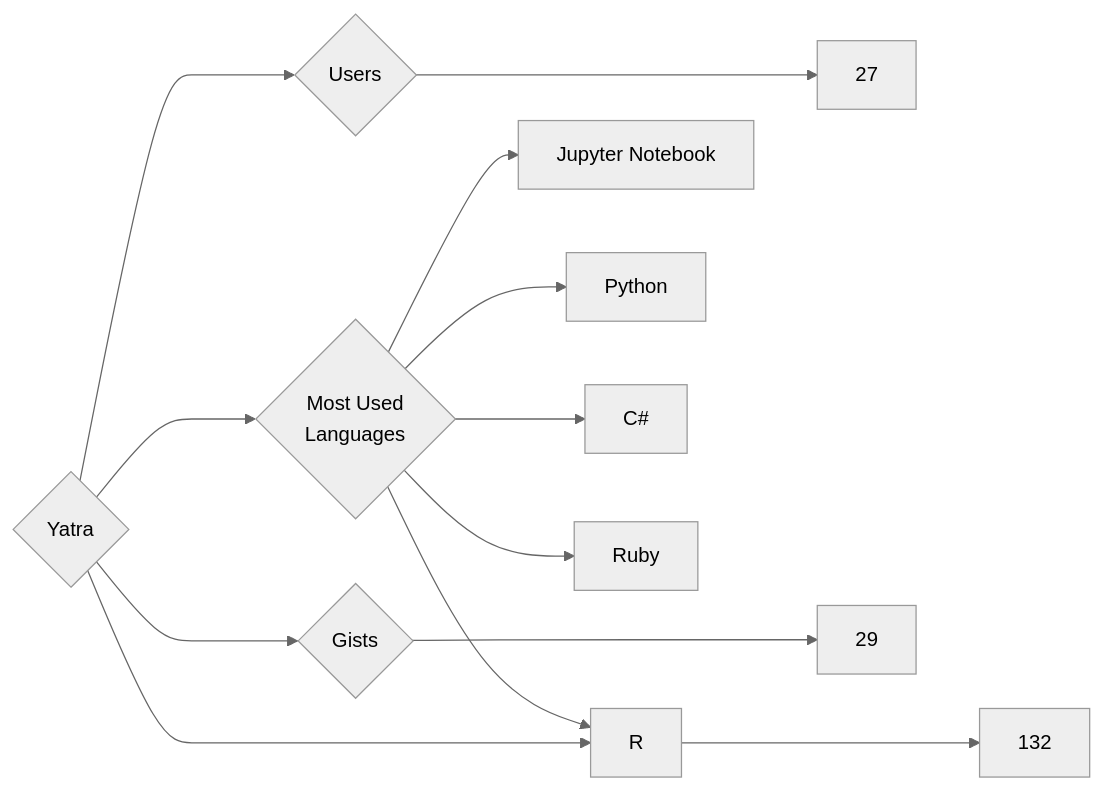
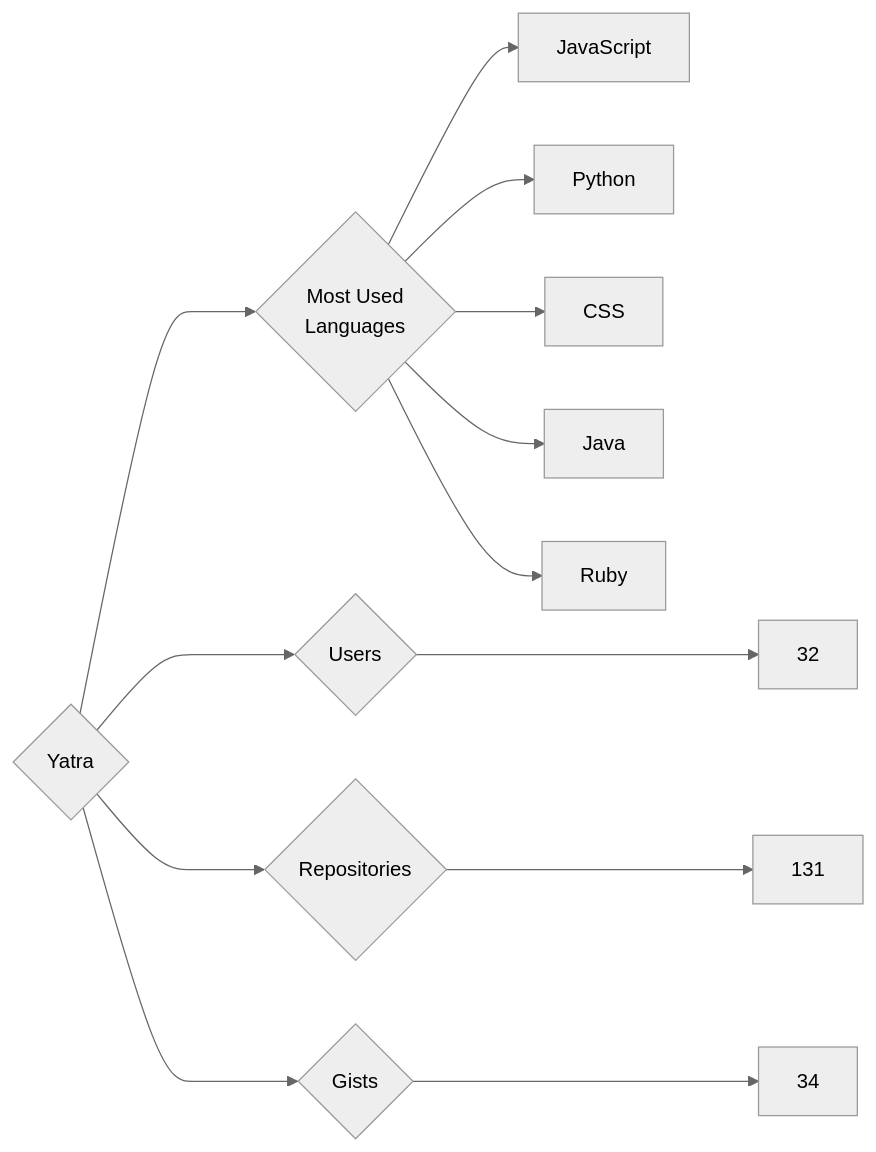
One commit to trickest/insiders changed the diagram in targets/Yatra/README.md. Above: the diagram before and after it, drawn with Mermaid (neutral theme). The commit also changed 839 other files, not shown here.

````diff
--- a/targets/Yatra/README.md
+++ b/targets/Yatra/README.md
@@ -3,13 +3,13 @@
 ```mermaid
 graph LR
 COMPANY_NAME{Yatra}
-COMPANY_NAME ---> U{Users} ---> UN[27]
-COMPANY_NAME ---> R{Repositories} ---> RN[132]
-COMPANY_NAME ---> G{Gists} ---> GN[29]
+COMPANY_NAME ---> U{Users} ---> UN[32]
+COMPANY_NAME ---> R{Repositories} ---> RN[131]
+COMPANY_NAME ---> G{Gists} ---> GN[34]
 COMPANY_NAME ---> ML{Most Used<br>Languages}
-ML --> Jupyter_Notebook[Jupyter Notebook]
+ML --> JavaScript[JavaScript]
 ML --> Python[Python]
-ML --> C#[C#]
+ML --> CSS[CSS]
+ML --> Java[Java]
 ML --> Ruby[Ruby]
-ML --> R[R]
 ```
````
